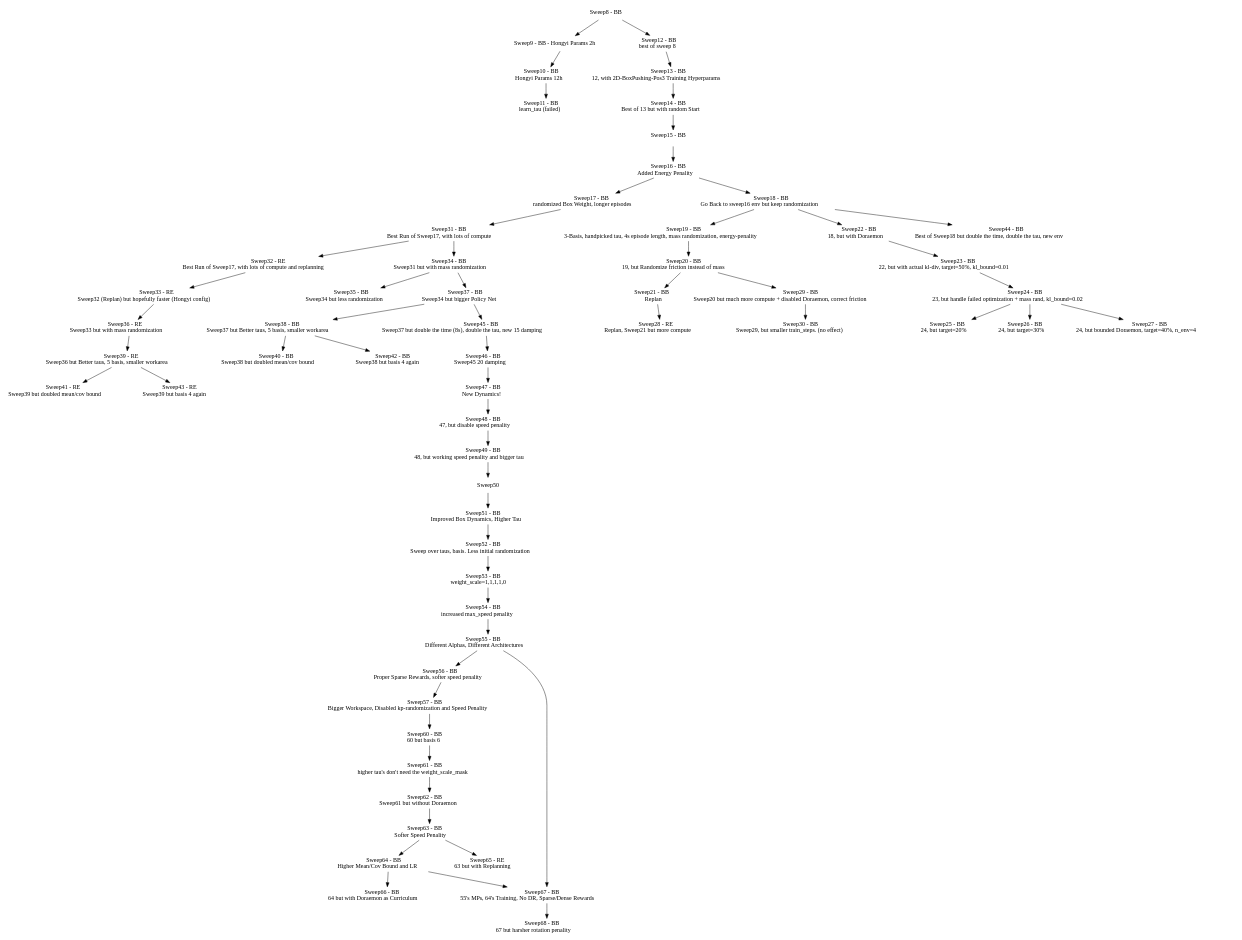
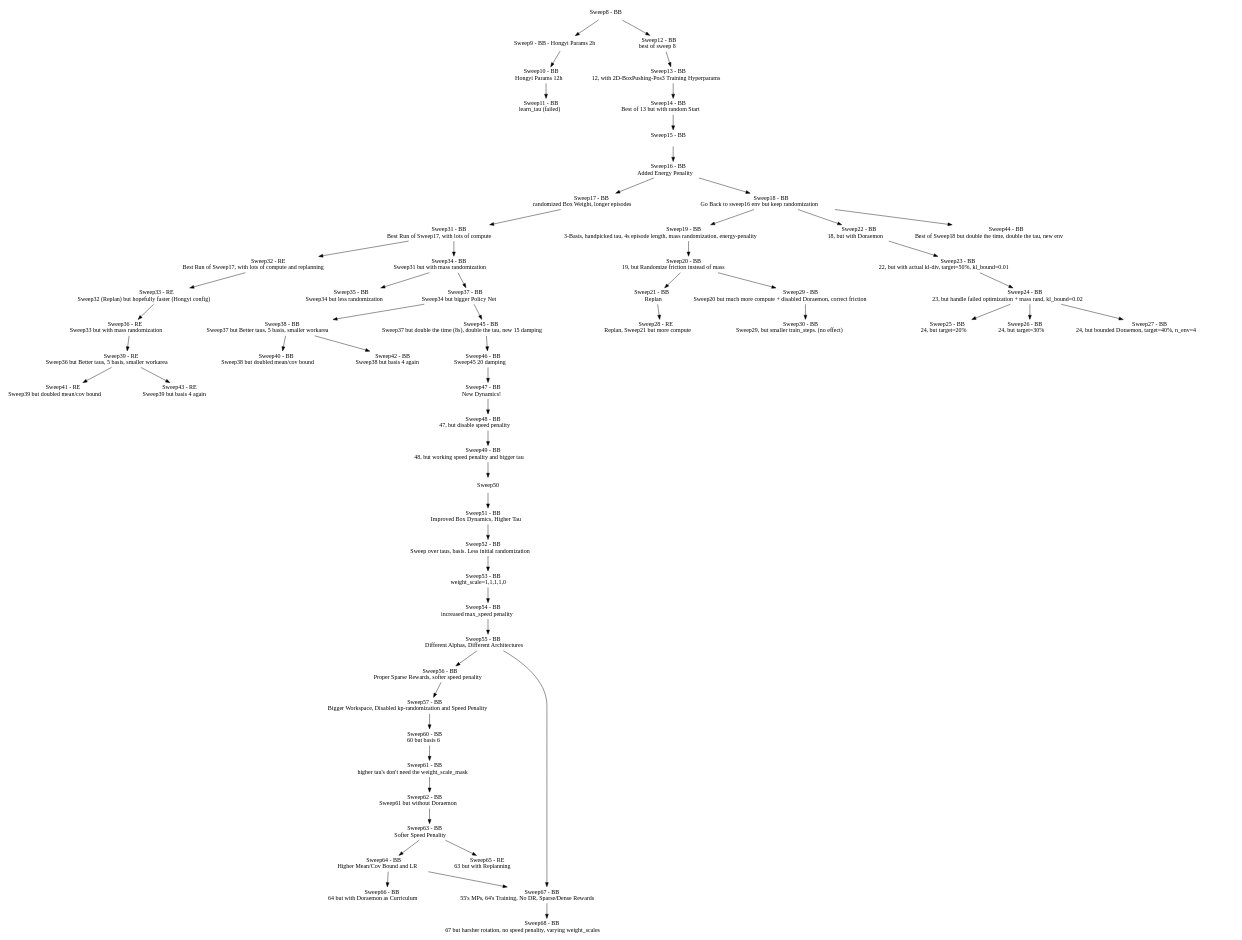
The diagram in sweeps.dot (maxmunzel/fancy_gym), drawn with Graphviz before and after one commit. The commit also changed 2 other files, not shown here.

Commit message:
Sweep68 - BB -- 67 but harsher rotation, no speed penality, varying weight_scales

```diff
--- a/sweeps.dot
+++ b/sweeps.dot
@@ -1,123 +1,123 @@
 digraph Sweeps {
     // Nodes
     node [shape=plaintext]
     "Sweep8"  [label=<Sweep8 - BB>];
     "Sweep9"  [label=<Sweep9 - BB - Hongyi Params 2h>];
     "Sweep10" [label=<Sweep10 - BB <BR/> Hongyi Params 12h>];
     "Sweep11" [label=<Sweep11 - BB <BR/> learn_tau (failed)>];
     "Sweep12" [label=<Sweep12 - BB <BR/> best of sweep 8>];
     "Sweep13" [label=<Sweep13 - BB <BR/> 12, with 2D-BoxPushing-Pos3 Training Hyperparams>];
     "Sweep14" [label=<Sweep14 - BB <BR/> Best of 13 but with random Start>];
     "Sweep15" [label=<Sweep15 - BB <BR/> >];
     "Sweep16" [label=<Sweep16 - BB <BR/> Added Energy Penality>];
     "Sweep17" [label=<Sweep17 - BB <BR/> randomized Box Weight, longer episodes>];
     "Sweep18" [label=<Sweep18 - BB <BR/> Go Back to sweep16 env but keep randomization>];
     "Sweep19" [label=<Sweep19 - BB <BR/> 3-Basis, handpicked tau, 4s episode length, mass randomization, energy-penality>];
     "Sweep20" [label=<Sweep20 - BB <BR/> 19, but Randomize friction instead of mass>];
     "Sweep21" [label=<Sweep21 - BB <BR/> Replan>];
     "Sweep22" [label=<Sweep22 - BB <BR/> 18, but with Doraemon>];
     "Sweep23" [label=<Sweep23 - BB <BR/> 22, but with actual kl-div, target=50%, kl_bound=0.01>];
     "Sweep24" [label=<Sweep24 - BB <BR/> 23, but handle failed optimization + mass rand, kl_bound=0.02>];
     "Sweep25" [label=<Sweep25 - BB <BR/> 24, but target=20%>];
     "Sweep26" [label=<Sweep26 - BB <BR/> 24, but target=30%>];
     "Sweep27" [label=<Sweep27 - BB <BR/> 24, but bounded Doraemon, target=40%, n_env=4>];
     "Sweep28" [label=<Sweep28 - RE <BR/> Replan, Sweep21 but more compute>];
     "Sweep29" [label=<Sweep29 - BB <BR/> Sweep20 but much more compute + disabled Doraemon, correct friction>];
     "Sweep30" [label=<Sweep30 - BB <BR/> Sweep29, but smaller train_steps. (no effect)>];
     "Sweep31" [label=<Sweep31 - BB <BR/> Best Run of Sweep17, with lots of compute>];
     "Sweep32" [label=<Sweep32 - RE <BR/> Best Run of Sweep17, with lots of compute and replanning>];
     "Sweep33" [label=<Sweep33 - RE <BR/> Sweep32 (Replan) but hopefully faster (Hongyi config)>];
     "Sweep34" [label=<Sweep34 - BB <BR/> Sweep31 but with mass randomization>];
     "Sweep35" [label=<Sweep35 - BB <BR/> Sweep34 but less randomization>];
     "Sweep36" [label=<Sweep36 - RE <BR/> Sweep33 but with mass randomization>];
     "Sweep37" [label=<Sweep37 - BB <BR/> Sweep34 but bigger Policy Net>];
     "Sweep38" [label=<Sweep38 - BB <BR/> Sweep37 but Better taus, 5 basis, smaller workarea>];
     "Sweep39" [label=<Sweep39 - RE <BR/> Sweep36 but Better taus, 5 basis, smaller workarea>];
     "Sweep40" [label=<Sweep40 - BB <BR/> Sweep38 but doubled mean/cov bound>];
     "Sweep41" [label=<Sweep41 - RE <BR/> Sweep39 but doubled mean/cov bound>];
     "Sweep42" [label=<Sweep42 - BB <BR/> Sweep38 but basis 4 again>];
     "Sweep43" [label=<Sweep43 - RE <BR/> Sweep39 but basis 4 again>];
     "Sweep44" [label=<Sweep44 - BB <BR/> Best of Sweep18 but double the time, double the tau, new env>];
     "Sweep45" [label=<Sweep45 - BB <BR/> Sweep37 but double the time (8s), double the tau, new 15 damping>];
     "Sweep46" [label=<Sweep46 - BB <BR/> Sweep45 20 damping>];
     "Sweep47" [label=<Sweep47 - BB <BR/> New Dynamics! >];
     "Sweep48" [label=<Sweep48 - BB <BR/> 47, but disable speed penality  >];
     "Sweep49" [label=<Sweep49 - BB <BR/> 48, but working speed penality and bigger tau  >];
     "Sweep51" [label=<Sweep51 - BB <BR/> Improved Box Dynamics, Higher Tau>];
     "Sweep52" [label=<Sweep52 - BB <BR/> Sweep over taus, basis. Less initial randomization>];
     "Sweep53" [label=<Sweep53 - BB <BR/> weight_scale=1,1,1,1,0 >];
     "Sweep54" [label=<Sweep54 - BB <BR/> increased max_speed penality>];
     "Sweep55" [label=<Sweep55 - BB <BR/> Different Alphas, Different Architectures>];
     "Sweep56" [label=<Sweep56 - BB <BR/> Proper Sparse Rewards, softer speed penality>];
     "Sweep57" [label=<Sweep57 - BB <BR/> Bigger Workspace, Disabled kp-randomization and Speed Penality>];
     "Sweep60" [label=<Sweep60 - BB <BR/> 60 but basis 6>];
     "Sweep61" [label=<Sweep61 - BB <BR/> higher tau's don't need the weight_scale_mask>];
     "Sweep62" [label=<Sweep62 - BB <BR/> Sweep61 but without Doraemon>];
     "Sweep63" [label=<Sweep63 - BB <BR/> Softer Speed Penality >];
     "Sweep64" [label=<Sweep64 - BB <BR/> Higher Mean/Cov Bound and LR >];
     "Sweep65" [label=<Sweep65 - RE <BR/> 63 but with Replanning >];
     "Sweep66" [label=<Sweep66 - BB <BR/> 64 but with Doraemon as Curriculum >];
     "Sweep67" [label=<Sweep67 - BB <BR/> 55's MPs, 64's Training, No DR, Sparse/Dense Rewards >];
-    "Sweep68" [label=<Sweep68 - BB <BR/> 67 but harsher rotation penality >];
+    "Sweep68" [label=<Sweep68 - BB <BR/> 67 but harsher rotation, no speed penality, varying weight_scales >];
 
     // Edges
     "Sweep8" -> "Sweep9"
     "Sweep9" -> "Sweep10"
     "Sweep10" -> "Sweep11"
     "Sweep8" -> "Sweep12"
     "Sweep12" -> "Sweep13"
     "Sweep13" -> "Sweep14"
     "Sweep16" -> "Sweep18"
     "Sweep18" -> "Sweep19"
     "Sweep19" -> "Sweep20"
     "Sweep21" -> "Sweep28"
     "Sweep20" -> "Sweep29"
     "Sweep29" -> "Sweep30"
     "Sweep17" -> "Sweep31"
     "Sweep31" -> "Sweep32"
     "Sweep32" -> "Sweep33"
     "Sweep31" -> "Sweep34"
     "Sweep34" -> "Sweep35"
     "Sweep33" -> "Sweep36"
     "Sweep34" -> "Sweep37"
     "Sweep37" -> "Sweep38"
     "Sweep36" -> "Sweep39"
     "Sweep38" -> "Sweep40"
     "Sweep39" -> "Sweep41"
     "Sweep38" -> "Sweep42"
     "Sweep39" -> "Sweep43"
     "Sweep18" -> "Sweep22"
     "Sweep22" -> "Sweep23"
     "Sweep23" -> "Sweep24"
     "Sweep24" -> "Sweep25"
     "Sweep24" -> "Sweep26"
     "Sweep24" -> "Sweep27"
     "Sweep18" -> "Sweep44"
     "Sweep14" -> "Sweep15"
     "Sweep15" -> "Sweep16"
     "Sweep16" -> "Sweep17"
     "Sweep20" -> "Sweep21"
     "Sweep37" -> "Sweep45"
     "Sweep45" -> "Sweep46"
     "Sweep46" -> "Sweep47"
     "Sweep47" -> "Sweep48"
     "Sweep48" -> "Sweep49"
     "Sweep49" -> "Sweep50"
     "Sweep50" -> "Sweep51"
     "Sweep51" -> "Sweep52"
     "Sweep52" -> "Sweep53"
     "Sweep53" -> "Sweep54"
     "Sweep54" -> "Sweep55"
     "Sweep55" -> "Sweep56"
     "Sweep56" -> "Sweep57"
     "Sweep57" -> "Sweep60"
     "Sweep60" -> "Sweep61"
     "Sweep61" -> "Sweep62"
     "Sweep62" -> "Sweep63"
     "Sweep63" -> "Sweep64"
     "Sweep63" -> "Sweep65"
     "Sweep64" -> "Sweep66"
     "Sweep55" -> "Sweep67"
     "Sweep64" -> "Sweep67"
     "Sweep67" -> "Sweep68"
 }
```
